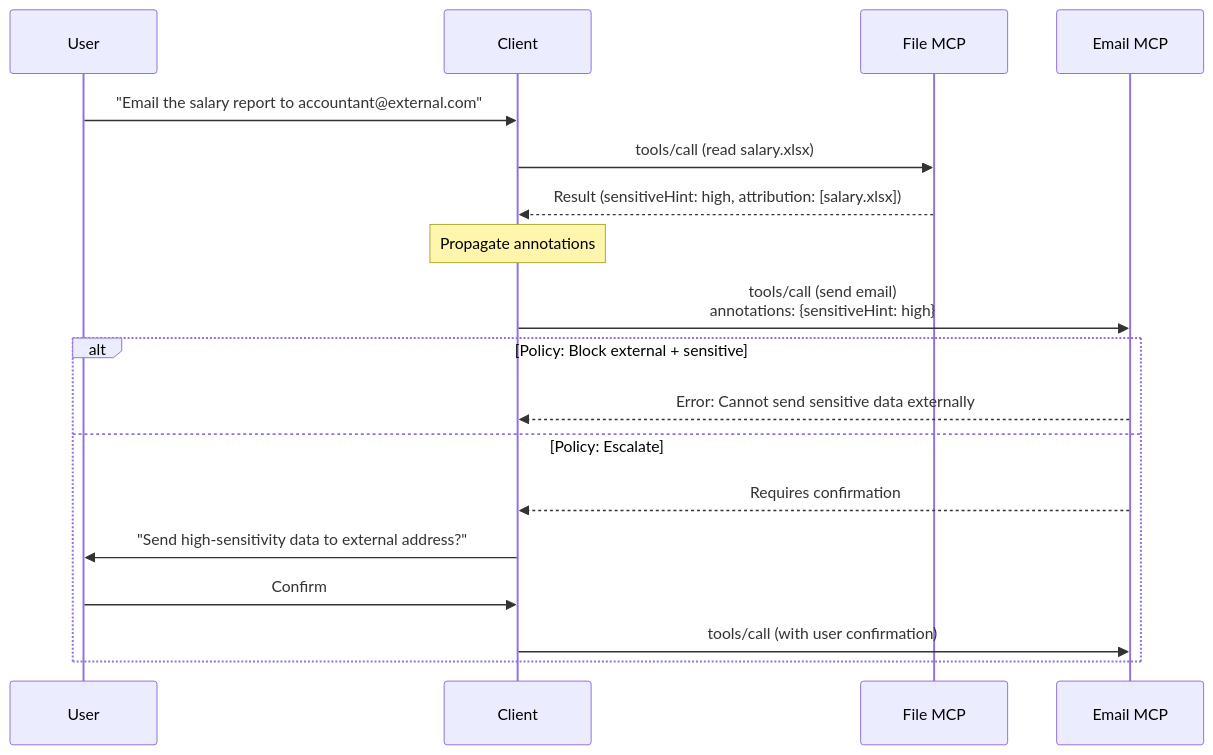
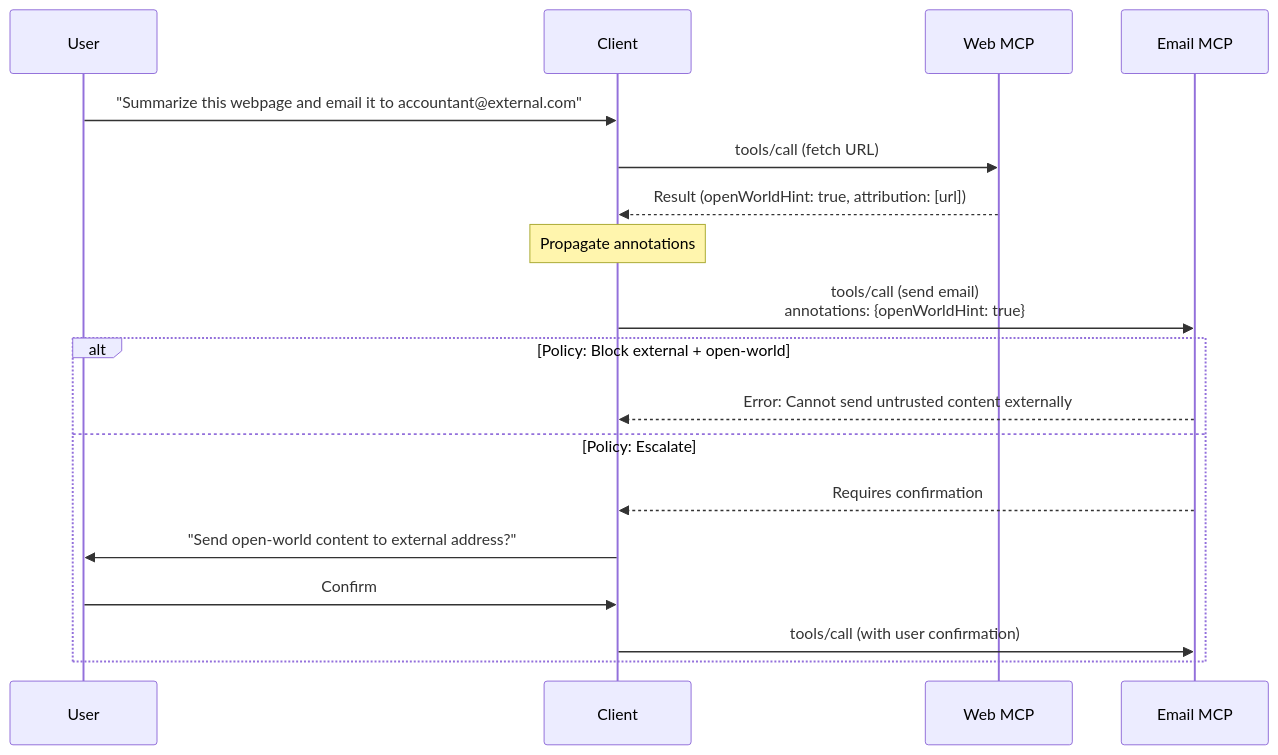
Before and after one commit to modelcontextprotocol/modelcontextprotocol: the first of 2 diagrams in seps/DRAFT-trust-annotations.md, drawn with Mermaid. The commit also changed other lines of this file, not shown here.

Commit message:
MOdified trust annotations to merge in my SEP

````diff
--- a/seps/DRAFT-trust-annotations.md
+++ b/seps/DRAFT-trust-annotations.md
@@ -412,23 +712,23 @@
 ```mermaid
 sequenceDiagram
     participant User
     participant Client
-    participant File MCP
+    participant Web MCP
     participant Email MCP
 
-    User->>Client: "Email the salary report to accountant@external.com"
-    Client->>File MCP: tools/call (read salary.xlsx)
-    File MCP-->>Client: Result (sensitiveHint: high, attribution: [salary.xlsx])
+    User->>Client: "Summarize this webpage and email it to accountant@external.com"
+    Client->>Web MCP: tools/call (fetch URL)
+    Web MCP-->>Client: Result (openWorldHint: true, attribution: [url])
 
     Note over Client: Propagate annotations
-    Client->>Email MCP: tools/call (send email)<br/>annotations: {sensitiveHint: high}
+    Client->>Email MCP: tools/call (send email)<br/>annotations: {openWorldHint: true}
 
-    alt Policy: Block external + sensitive
-        Email MCP-->>Client: Error: Cannot send sensitive data externally
+    alt Policy: Block external + open-world
+        Email MCP-->>Client: Error: Cannot send untrusted content externally
     else Policy: Escalate
         Email MCP-->>Client: Requires confirmation
-        Client->>User: "Send high-sensitivity data to external address?"
+        Client->>User: "Send open-world content to external address?"
         User->>Client: Confirm
         Client->>Email MCP: tools/call (with user confirmation)
     end
 ```
````
